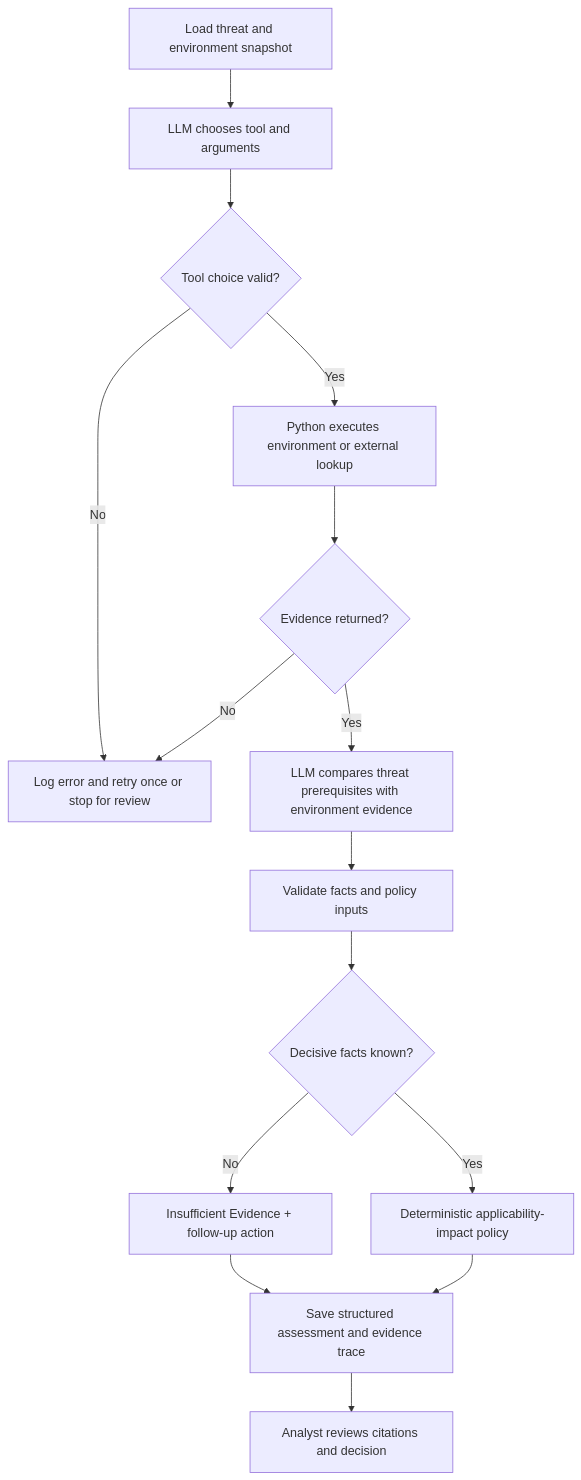
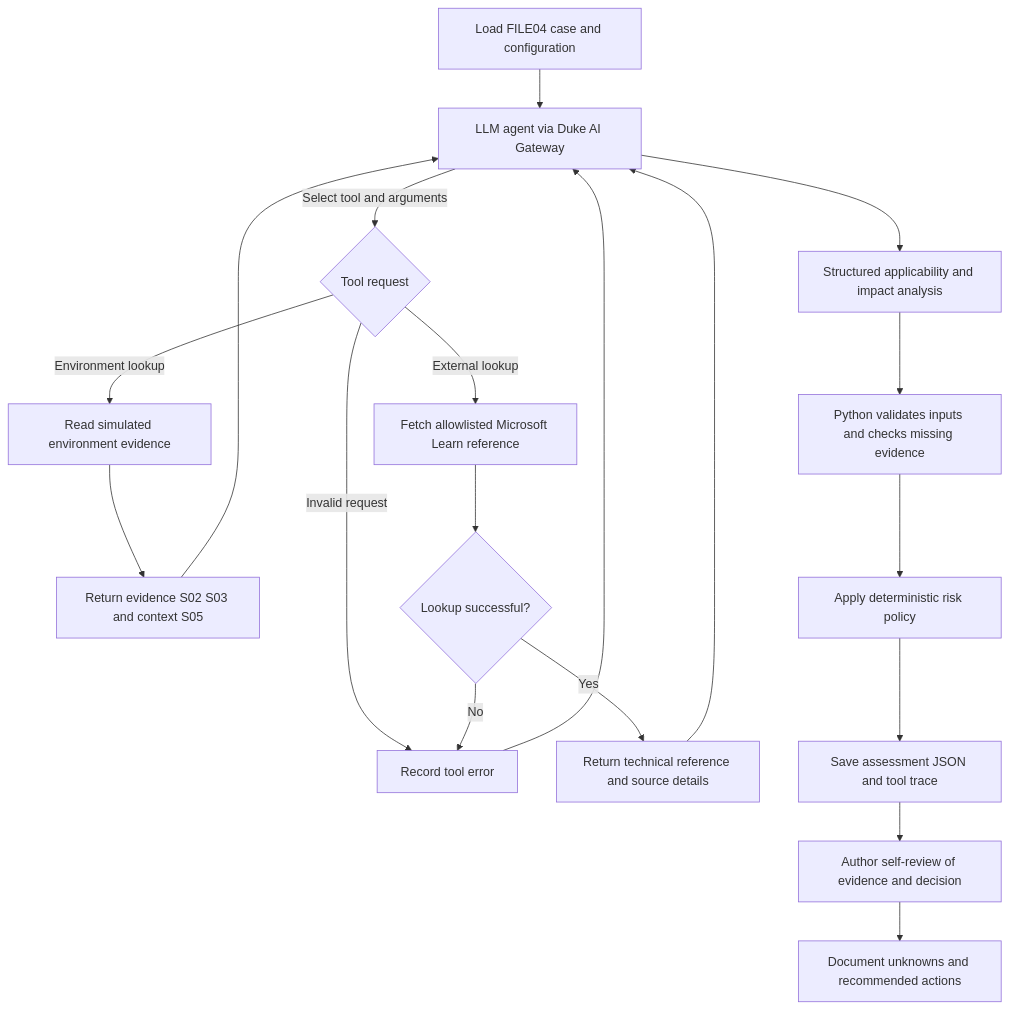
One commit to kksera819-cyber/cybersec590-ai-risk-assessment-agent changed the diagram in docs/architecture.md. Above: the diagram before and after it, drawn with Mermaid. The commit also changed other lines of this file and 6 other files, not shown here.

````diff
--- a/docs/architecture.md
+++ b/docs/architecture.md
@@ -10,17 +13,21 @@
 ```mermaid
 flowchart TD
- A[Load threat and environment snapshot] --> B[LLM chooses tool and arguments]
- B --> C{Tool choice valid?}
- C -- No --> F[Log error and retry once or stop for review]
- C -- Yes --> D[Python executes environment or external lookup]
- D --> E{Evidence returned?}
- E -- No --> F
- E -- Yes --> G[LLM compares threat prerequisites with environment evidence]
- G --> H[Validate facts and policy inputs]
- H --> I{Decisive facts known?}
- I -- No --> J[Insufficient Evidence + follow-up action]
- I -- Yes --> K[Deterministic applicability-impact policy]
- J --> L[Save structured assessment and evidence trace]
- K --> L
- L --> M[Analyst reviews citations and decision]
+    A[Load FILE04 case and configuration] --> B[LLM agent via Duke AI Gateway]
+    B -->|Select tool and arguments| C{Tool request}
+    C -->|Environment lookup| D[Read simulated environment evidence]
+    C -->|External lookup| E[Fetch allowlisted Microsoft Learn reference]
+    C -->|Invalid request| F[Record tool error]
+    D --> G[Return evidence S02 S03 and context S05]
+    E --> H{Lookup successful?}
+    H -->|Yes| I[Return technical reference and source details]
+    H -->|No| F
+    G --> B
+    I --> B
+    F --> B
+    B --> J[Structured applicability and impact analysis]
+    J --> K[Python validates inputs and checks missing evidence]
+    K --> L[Apply deterministic risk policy]
+    L --> M[Save assessment JSON and tool trace]
+    M --> N[Author self-review of evidence and decision]
+    N --> O[Document unknowns and recommended actions]
 ```
````
